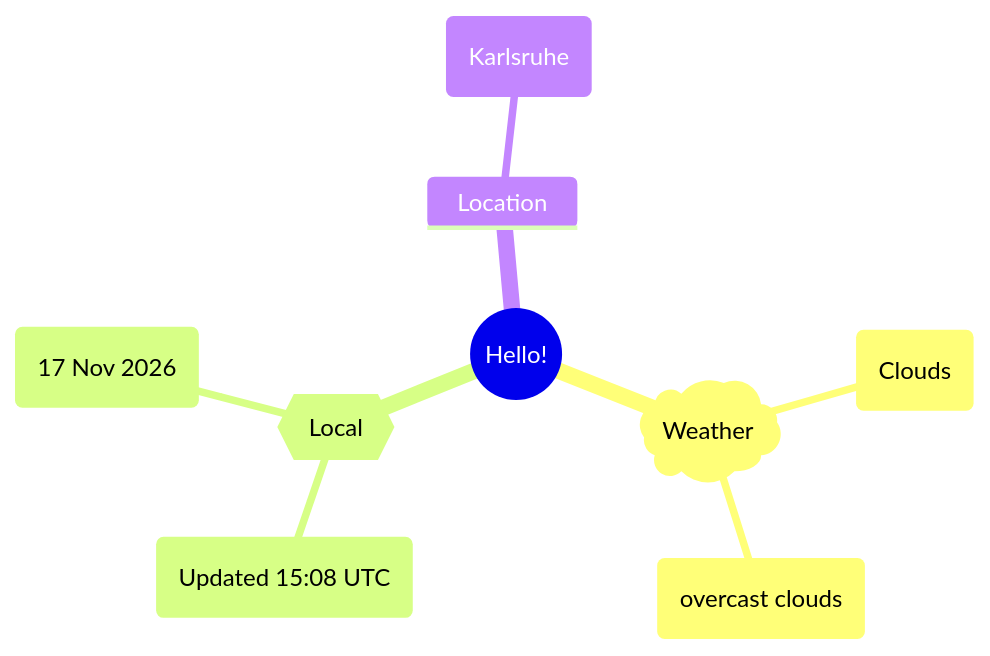
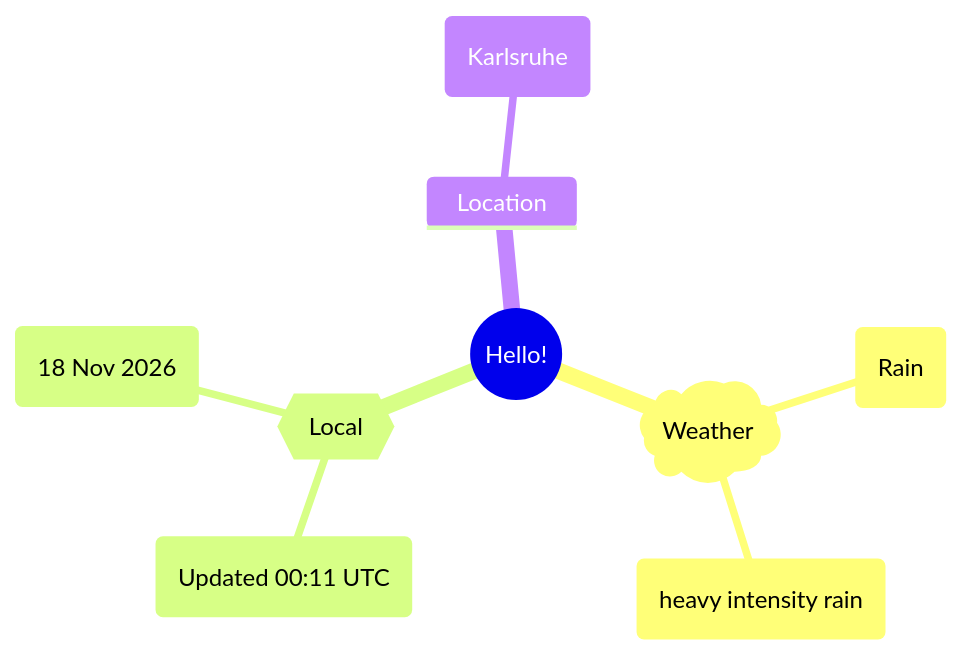
One commit to Xosrov/Xosrov changed the first of 2 diagrams in README.md. Above: the diagram before and after it, drawn with Mermaid.

Commit message:
[bot] updated images

````diff
--- a/README.md
+++ b/README.md
@@ -3,12 +3,12 @@
 ```mermaid
 mindmap
   root((Hello!))
     )Weather(
-        (Clouds)
-        (overcast clouds)
+        (Rain)
+        (heavy intensity rain)
     {{Local}}
-        (Updated 15:08 UTC)
-        (17 Nov 2026)
+        (Updated 00:11 UTC)
+        (18 Nov 2026)
     Location
         (Karlsruhe)
 ```
````
